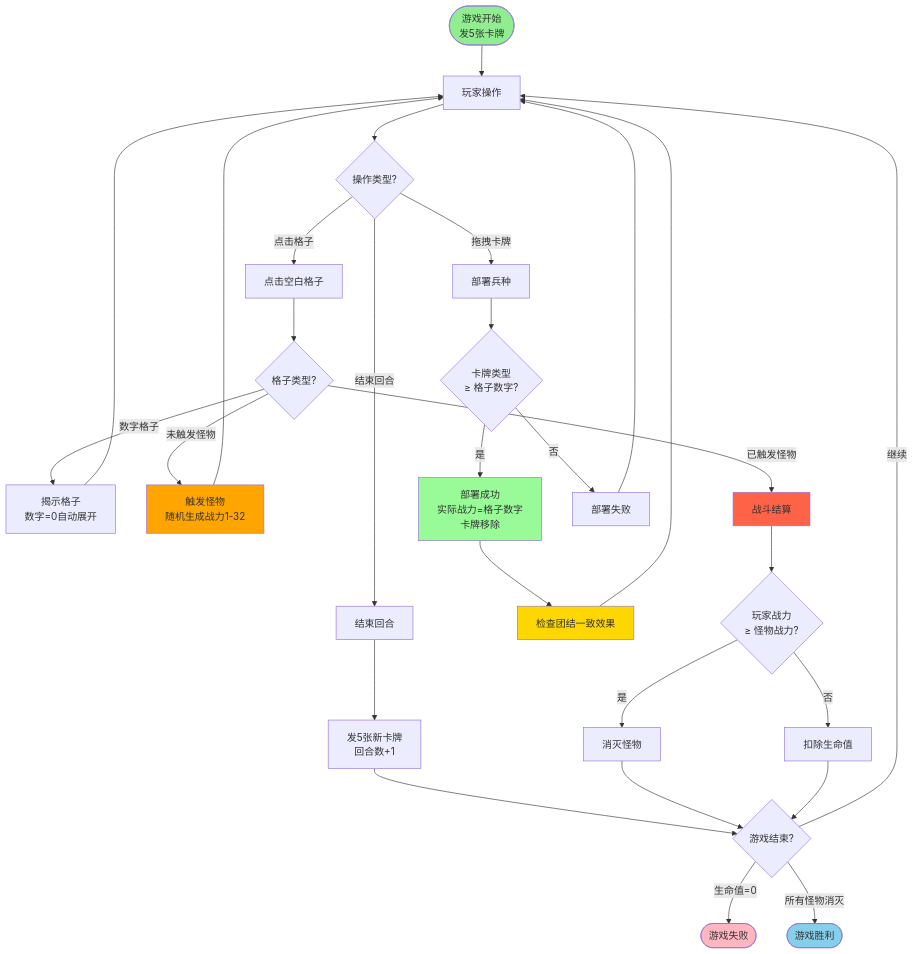
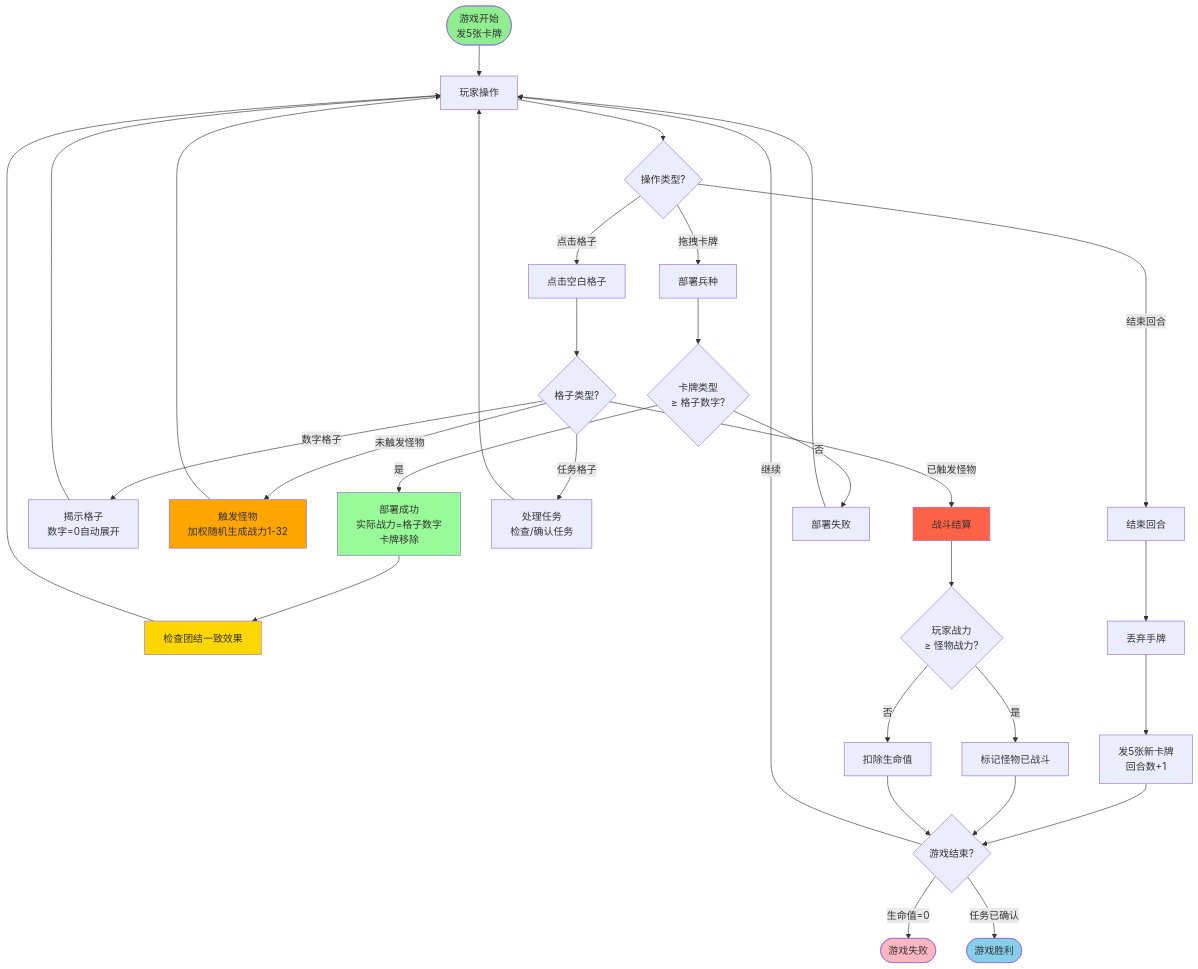
One commit to JourneyHans/MinefieldBattle changed the diagram in doc/游戏规则书.md. Above: the diagram before and after it, drawn with Mermaid. The commit also changed other lines of this file and 5 other files, not shown here.

````diff
--- a/doc/游戏规则书.md
+++ b/doc/游戏规则书.md
@@ -209,49 +221,52 @@
 ```mermaid
 flowchart TD
     Start([游戏开始<br/>发5张卡牌]) --> PlayerAction[玩家操作]
     
     PlayerAction --> ActionType{操作类型?}
     
     ActionType -->|点击格子| Click[点击空白格子]
     ActionType -->|拖拽卡牌| Deploy[部署兵种]
     ActionType -->|结束回合| EndTurn[结束回合]
     
     Click --> Check{格子类型?}
     
     Check -->|数字格子| Reveal[揭示格子<br/>数字=0自动展开]
-    Check -->|未触发怪物| Trigger[触发怪物<br/>随机生成战力1-32]
+    Check -->|未触发怪物| Trigger[触发怪物<br/>加权随机生成战力1-32]
     Check -->|已触发怪物| Battle[战斗结算]
+    Check -->|任务格子| Task[处理任务<br/>检查/确认任务]
     
     Reveal --> PlayerAction
     Trigger --> PlayerAction
+    Task --> PlayerAction
     
     Deploy --> CheckMatch{卡牌类型<br/>≥ 格子数字?}
     CheckMatch -->|是| DeploySuccess[部署成功<br/>实际战力=格子数字<br/>卡牌移除]
     CheckMatch -->|否| DeployFail[部署失败]
     
     DeploySuccess --> UnityCheck[检查团结一致效果]
     UnityCheck --> PlayerAction
     DeployFail --> PlayerAction
     
-    EndTurn --> DealCards[发5张新卡牌<br/>回合数+1]
+    EndTurn --> DiscardCards[丢弃手牌]
+    DiscardCards --> DealCards[发5张新卡牌<br/>回合数+1]
     DealCards --> CheckGameOver{游戏结束?}
     
     Battle --> Compare{玩家战力<br/>≥ 怪物战力?}
-    Compare -->|是| Win[消灭怪物]
+    Compare -->|是| Win[标记怪物已战斗]
     Compare -->|否| Lose[扣除生命值]
     
     Win --> CheckGameOver
     Lose --> CheckGameOver
     
     CheckGameOver -->|生命值=0| Fail([游戏失败])
-    CheckGameOver -->|所有怪物消灭| Victory([游戏胜利])
+    CheckGameOver -->|任务已确认| Victory([游戏胜利])
     CheckGameOver -->|继续| PlayerAction
     
     style Start fill:#90EE90
     style Victory fill:#87CEEB
     style Fail fill:#FFB6C1
     style Trigger fill:#FFA500
     style Battle fill:#FF6347
     style DeploySuccess fill:#98FB98
     style UnityCheck fill:#FFD700
 ```
````
